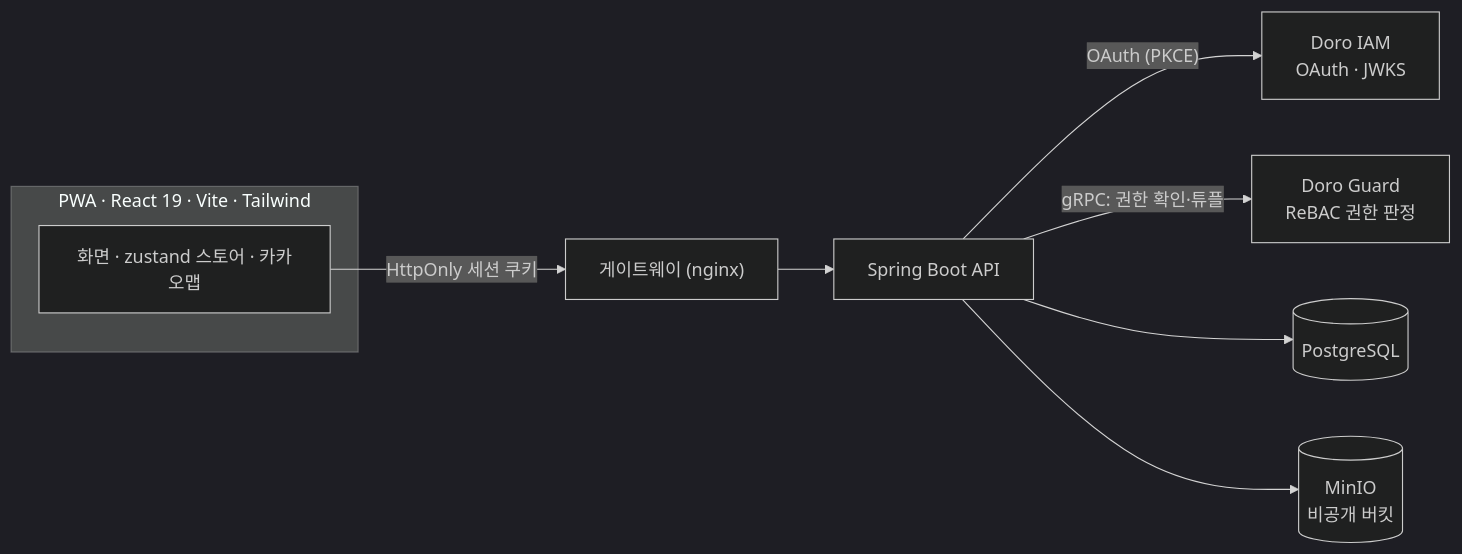
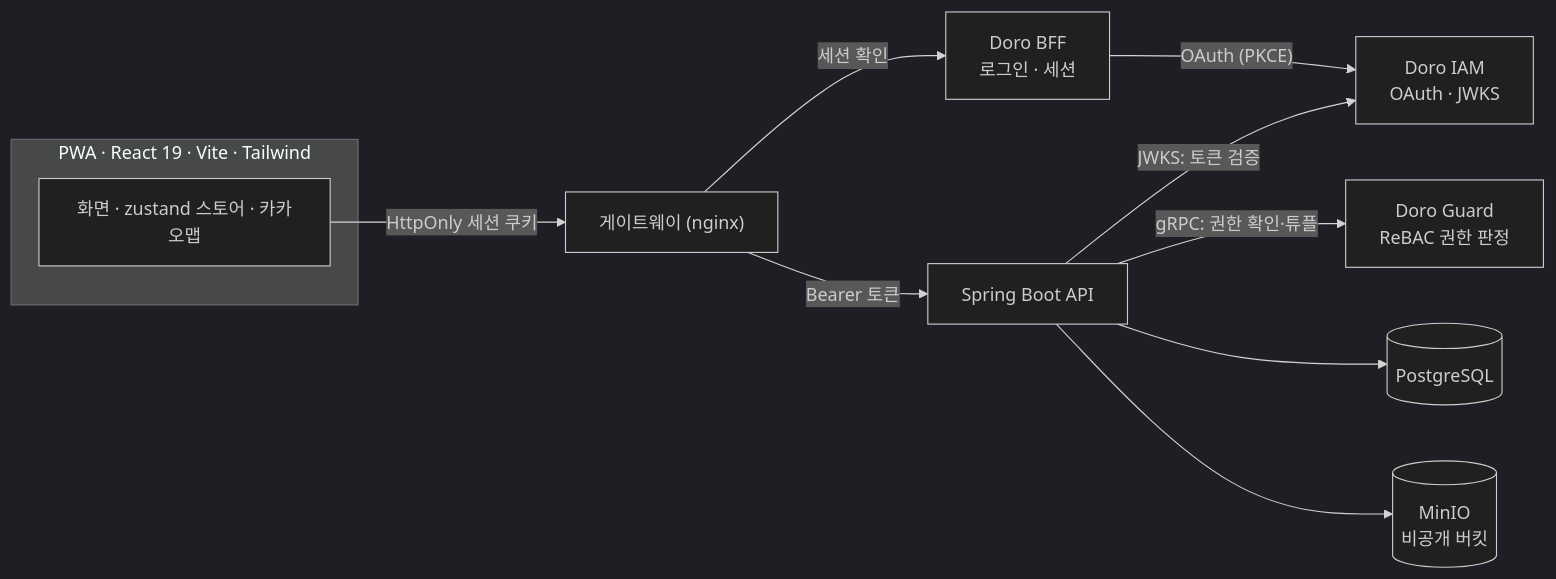
Before and after one commit to yu-teacher/doro-party: the diagram in README.md, drawn with Mermaid (dark theme). The commit also changed other lines of this file and 36 other files, not shown here.

First line of the commit message:
refactor(auth): 내장 BFF 로그인 모드를 걷어내고 초대 코드 암호화를 서비스가 직접 맡는다

````diff
--- a/README.md
+++ b/README.md
@@ -57,17 +57,21 @@
 ```mermaid
 flowchart LR
   subgraph Client["PWA · React 19 · Vite · Tailwind"]
     UI["화면 · zustand 스토어 · 카카오맵"]
   end
   GW["게이트웨이 (nginx)"]
   API["Spring Boot API"]
+  BFF["Doro BFF<br/>로그인 · 세션"]
   IAM["Doro IAM<br/>OAuth · JWKS"]
   Guard["Doro Guard<br/>ReBAC 권한 판정"]
   DB[("PostgreSQL")]
   S3[("MinIO<br/>비공개 버킷")]
-  UI -->|"HttpOnly 세션 쿠키"| GW --> API
-  API -->|"OAuth (PKCE)"| IAM
+  UI -->|"HttpOnly 세션 쿠키"| GW
+  GW -->|"세션 확인"| BFF
+  GW -->|"Bearer 토큰"| API
+  BFF -->|"OAuth (PKCE)"| IAM
+  API -->|"JWKS: 토큰 검증"| IAM
   API -->|"gRPC: 권한 확인·튜플"| Guard
   API --> DB
   API --> S3
 ```
````
